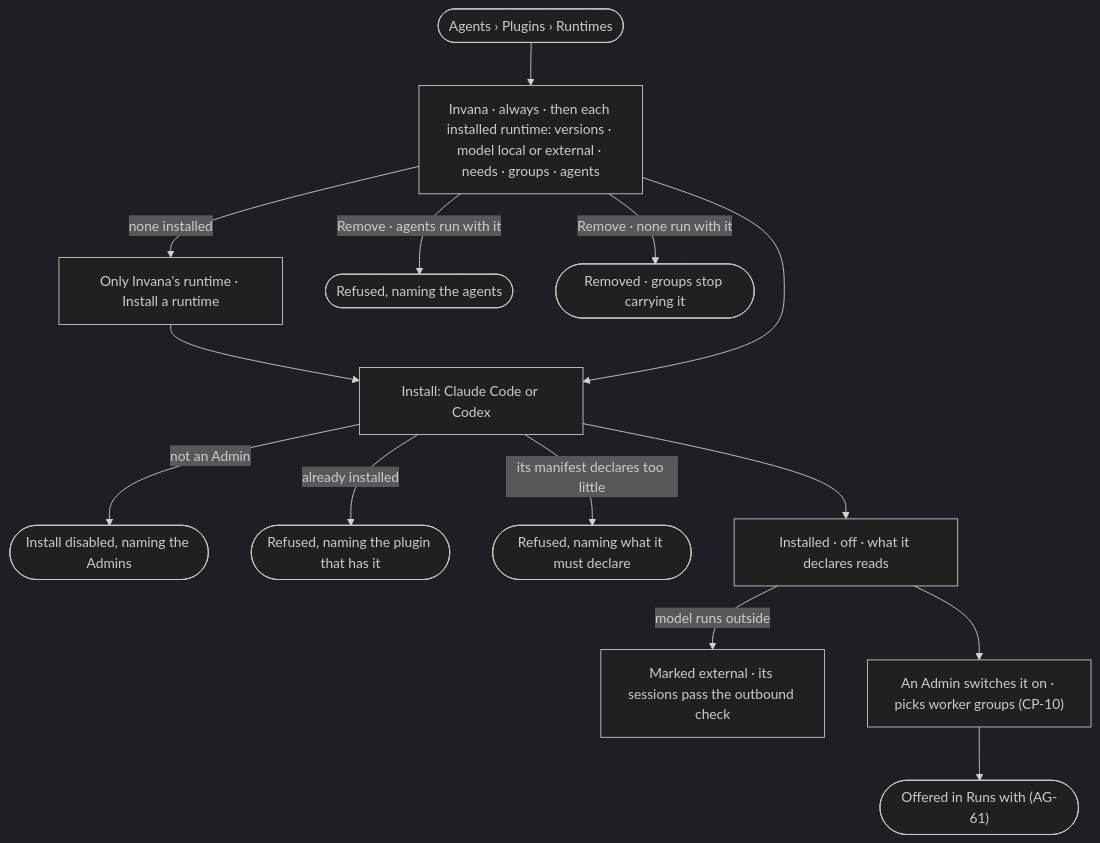
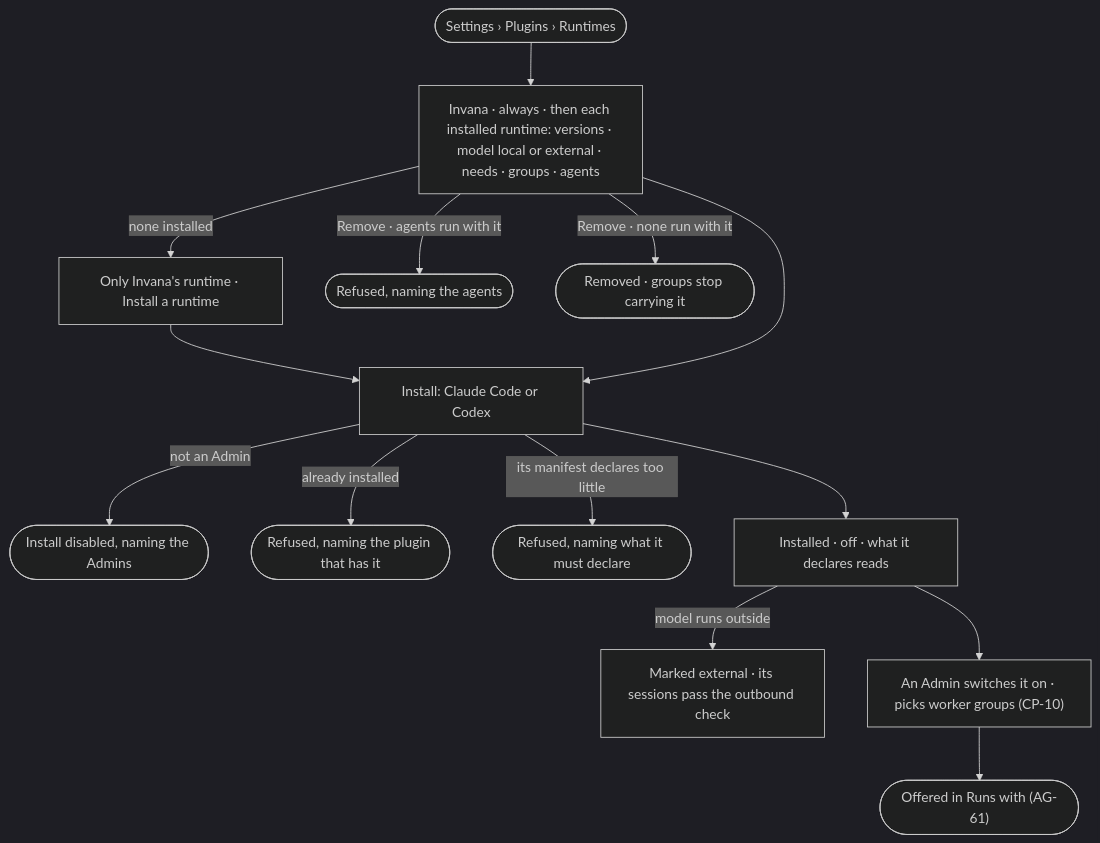
Before and after one commit to invana/invana: the diagram in specs/os/control/features/CP-F02-plugins-and-outside-tools/stories/CP-64-install-an-agent-runtime/story.md, drawn with Mermaid (dark theme). The commit also changed other lines of this file and 43 other files, not shown here.

First line of the commit message:
docs(specs): Agents mode keeps work; Plugins, Fleet, Workers move to Settings

````diff
--- a/specs/os/control/features/CP-F02-plugins-and-outside-tools/stories/CP-64-install-an-agent-runtime/story.md
+++ b/specs/os/control/features/CP-F02-plugins-and-outside-tools/stories/CP-64-install-an-agent-runtime/story.md
@@ -29,16 +29,16 @@
 ```mermaid
 flowchart TD
-  s([Agents › Plugins › Runtimes]) --> l["Invana · always · then each installed runtime: versions · model local or external · needs · groups · agents"]
+  s([Settings › Plugins › Runtimes]) --> l["Invana · always · then each installed runtime: versions · model local or external · needs · groups · agents"]
   l -->|none installed| fu["Only Invana's runtime · Install a runtime"]
   fu --> i["Install: Claude Code or Codex"]
   l --> i
   i -->|not an Admin| no(["Install disabled, naming the Admins"])
   i -->|already installed| dup(["Refused, naming the plugin that has it"])
   i -->|its manifest declares too little| bad(["Refused, naming what it must declare"])
   i --> ok["Installed · off · what it declares reads"]
   ok -->|model runs outside| ext["Marked external · its sessions pass the outbound check"]
   ok --> on["An Admin switches it on · picks worker groups (CP-10)"]
   on --> off(["Offered in Runs with (AG-61)"])
   l -->|Remove · agents run with it| rb(["Refused, naming the agents"])
   l -->|Remove · none run with it| rm(["Removed · groups stop carrying it"])
 ```
````
